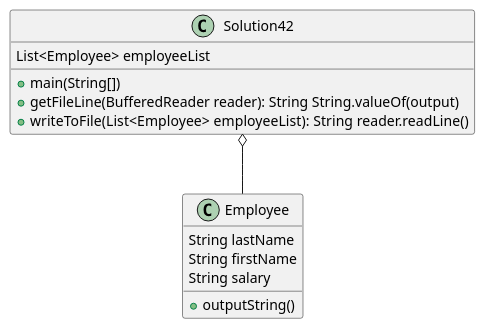
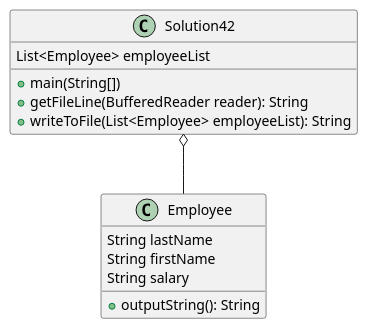
The diagram in exercise42/docs/main.puml (nader-fares/fares-a04), drawn with PlantUML before and after one commit. The commit also changed 65 other files, not shown here.

Commit message:
fixed uml diagrams; exercise 44: added method that searches through list, added unit testing for method

```diff
--- a/exercise42/docs/main.puml
+++ b/exercise42/docs/main.puml
@@ -1,19 +1,19 @@
 @startuml
 'https://plantuml.com/sequence-diagram
 
 
 class Solution42 {
 List<Employee> employeeList
 +main(String[])
-+getFileLine(BufferedReader reader): String String.valueOf(output)
-+writeToFile(List<Employee> employeeList): String reader.readLine()
++getFileLine(BufferedReader reader): String
++writeToFile(List<Employee> employeeList): String
 }
 
 class Employee {
 String lastName
 String firstName
 String salary
-+outputString()
++outputString(): String
 }
 Solution42 o-- Employee
 @enduml
```
